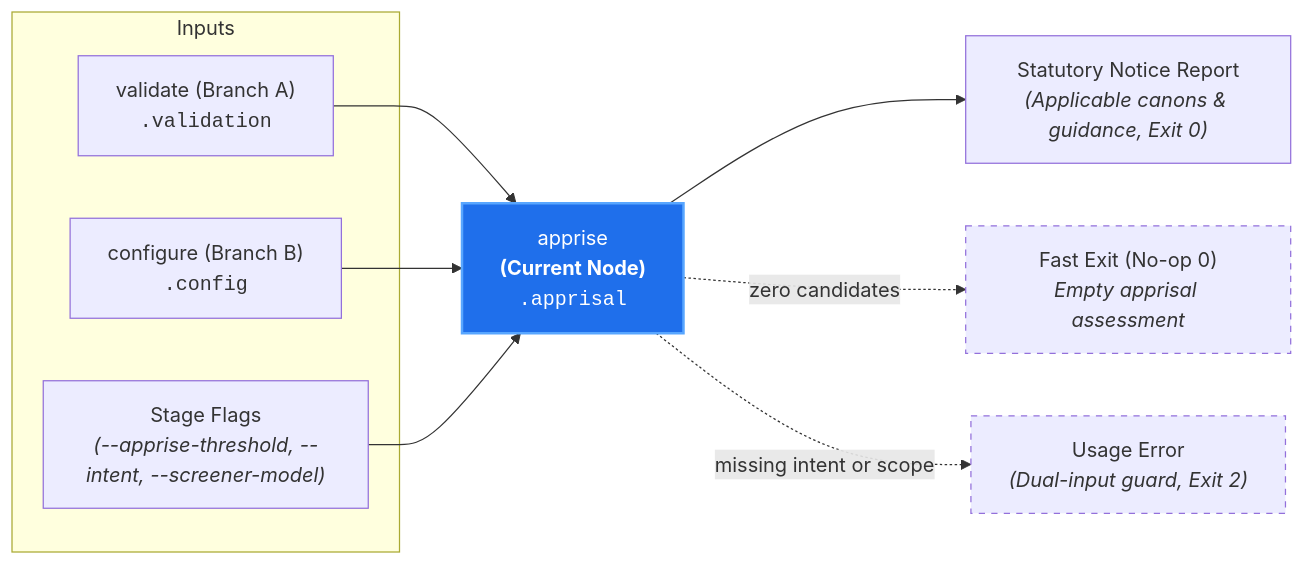
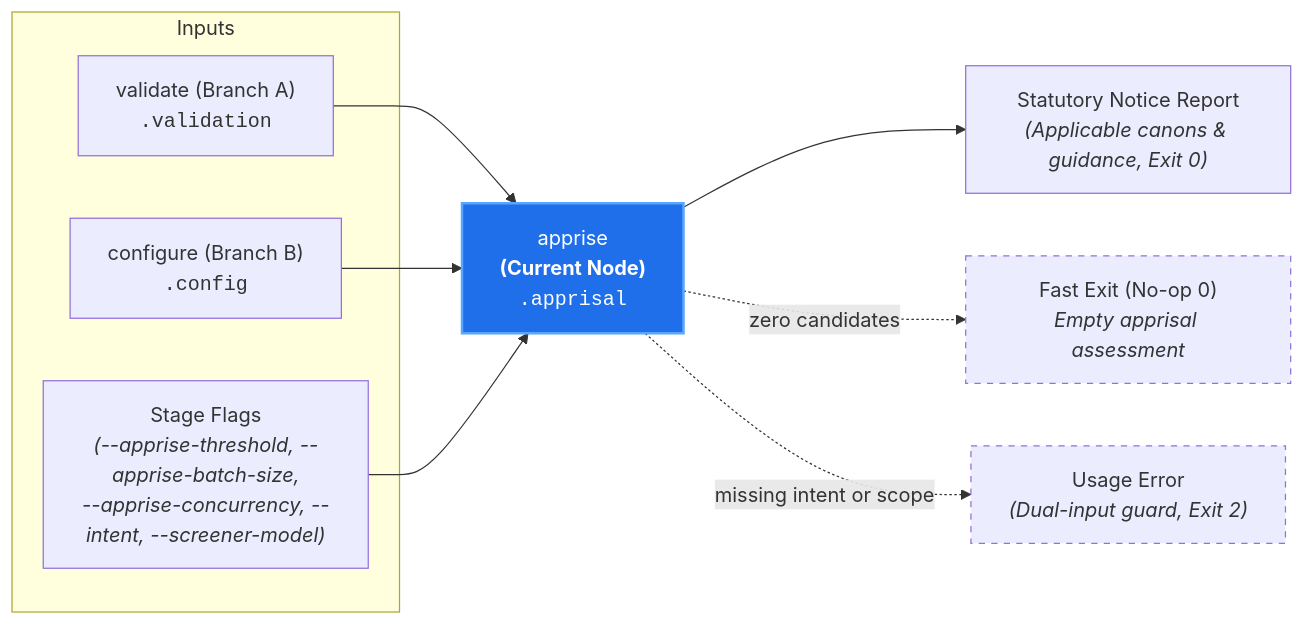
Before and after one commit to PAIR-code/canon-clerk: the diagram in docs/architecture/nodes/apprise.md, drawn with Mermaid. The commit also changed other lines of this file and 11 other files, not shown here.

First line of the commit message:
feat(core,cli): improve apprise screening consistency with optional canon batching and concurrency (#268) (#270)

````diff
--- a/docs/architecture/nodes/apprise.md
+++ b/docs/architecture/nodes/apprise.md
@@ -24,20 +24,20 @@
 ```mermaid
 flowchart LR
     subgraph Inputs["Inputs"]
         Validate["validate (Branch A)<br/><code>.validation</code>"]
         Config["configure (Branch B)<br/><code>.config</code>"]
-        Params["Stage Flags<br/><i>(--apprise-threshold, --intent, --screener-model)</i>"]
+        Params["Stage Flags<br/><i>(--apprise-threshold, --apprise-batch-size,<br/>--apprise-concurrency, --intent, --screener-model)</i>"]
     end
 
     Validate --> Apprise["apprise<br/><b>(Current Node)</b><br/><code>.apprisal</code>"]
     Config --> Apprise
     Params --> Apprise
 
     Apprise --> Notice["Statutory Notice Report<br/><i>(Applicable canons & guidance, Exit 0)</i>"]
     Apprise -. "zero candidates" .-> EmptyNotice["Fast Exit (No-op 0)<br/><i>Empty apprisal assessment</i>"]
     Apprise -. "missing intent or scope" .-> UsageError["Usage Error<br/><i>(Dual-input guard, Exit 2)</i>"]
 
     style Apprise fill:#1f6feb,stroke:#58a6ff,stroke-width:2px,color:#fff
     style EmptyNotice stroke-dasharray: 5 5
     style UsageError stroke-dasharray: 5 5
 ```
````
